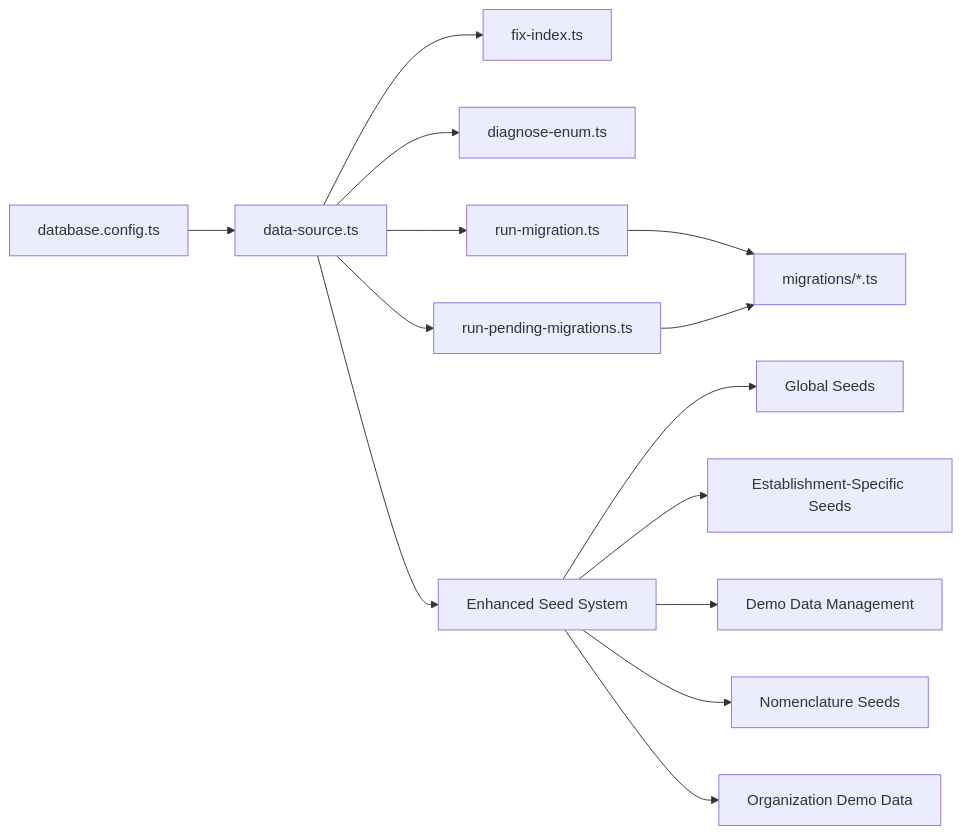
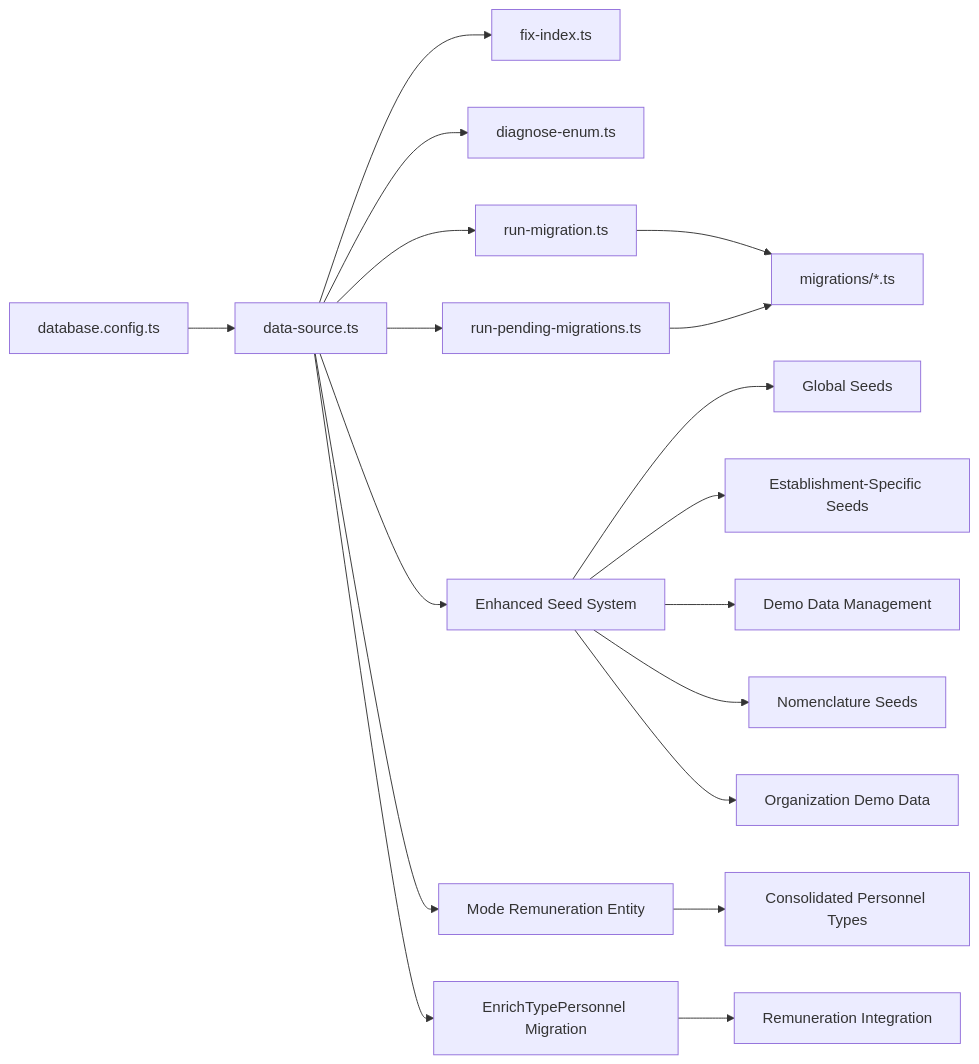
One commit to franckylab/eLISAschool changed the sixth of 6 diagrams in .qoder/repowiki/en/content/System Architecture/Backend Architecture/Database Layer & TypeORM Implementation.md. Above: the diagram before and after it, drawn with Mermaid. The commit also changed other lines of this file and 102 other files, not shown here.

````diff
--- a/.qoder/repowiki/en/content/System Architecture/Backend Architecture/Database Layer & TypeORM Implementation.md
+++ b/.qoder/repowiki/en/content/System Architecture/Backend Architecture/Database Layer & TypeORM Implementation.md
@@ -400,16 +532,20 @@
 ```mermaid
 graph LR
 Config["database.config.ts"] --> DS["data-source.ts"]
 DS --> Indexer["fix-index.ts"]
 DS --> EnumDiag["diagnose-enum.ts"]
 DS --> MigRunner["run-migration.ts"]
 DS --> MigPending["run-pending-migrations.ts"]
 DS --> SeedSystem["Enhanced Seed System"]
+DS --> RemunerationEntity["Mode Remuneration Entity"]
+DS --> PersonnelMigration["EnrichTypePersonnel Migration"]
 MigRunner --> MigArtifacts["migrations/*.ts"]
 MigPending --> MigArtifacts
 SeedSystem --> GlobalSeeds["Global Seeds"]
 SeedSystem --> TenantSeeds["Establishment-Specific Seeds"]
 SeedSystem --> DemoData["Demo Data Management"]
 SeedSystem --> Nomenclatures["Nomenclature Seeds"]
 SeedSystem --> OrgDemo["Organization Demo Data"]
+RemunerationEntity --> PersonnelTypes["Consolidated Personnel Types"]
+PersonnelMigration --> RemunerationIntegration["Remuneration Integration"]
 ```
````
